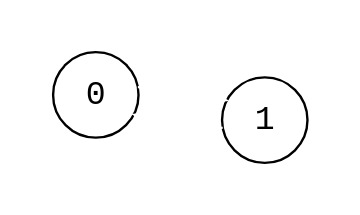
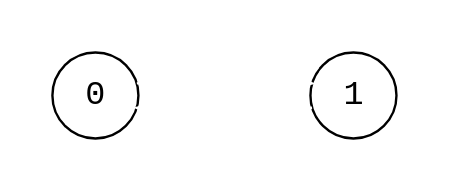
Before and after one commit to bsdrks/graaf-images: the diagram in src/empty_2.dot, drawn with Graphviz. The commit also changed 7 other files, not shown here.

```diff
--- a/src/empty_2.dot
+++ b/src/empty_2.dot
@@ -1,13 +1,11 @@
 digraph {
     node [shape=circle, fontname="monospace"];
     edge [arrowsize=0.5];
-    layout=neato;
+    layout=circo;
     pad=0.2;
-    fontsize=12;
-    fontname="monospace";
 
     0 [label="0"];
     1 [label="1"];
 
     0 -> 1 -> 0 [color="white"];
 }
```
